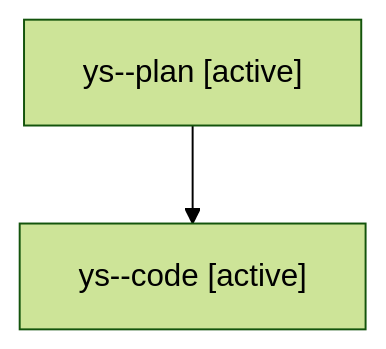
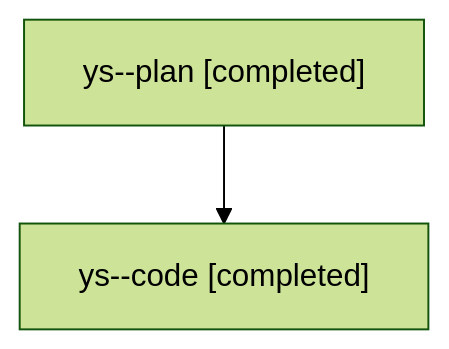
One commit to sase-org/sase--agents changed the diagram in families/bbugyi200.athena.ys.md. Above: the diagram before and after it, drawn with Mermaid (forest theme). The commit also changed other lines of this file and 1163 other files, not shown here.

````diff
--- a/families/bbugyi200.athena.ys.md
+++ b/families/bbugyi200.athena.ys.md
@@ -9,6 +9,6 @@
 ```mermaid
 flowchart TD
-  n0["ys--plan [active]"]
-  n1["ys--code [active]"]
+  n0["ys--plan [completed]"]
+  n1["ys--code [completed]"]
   n0 --> n1
 ```
````
